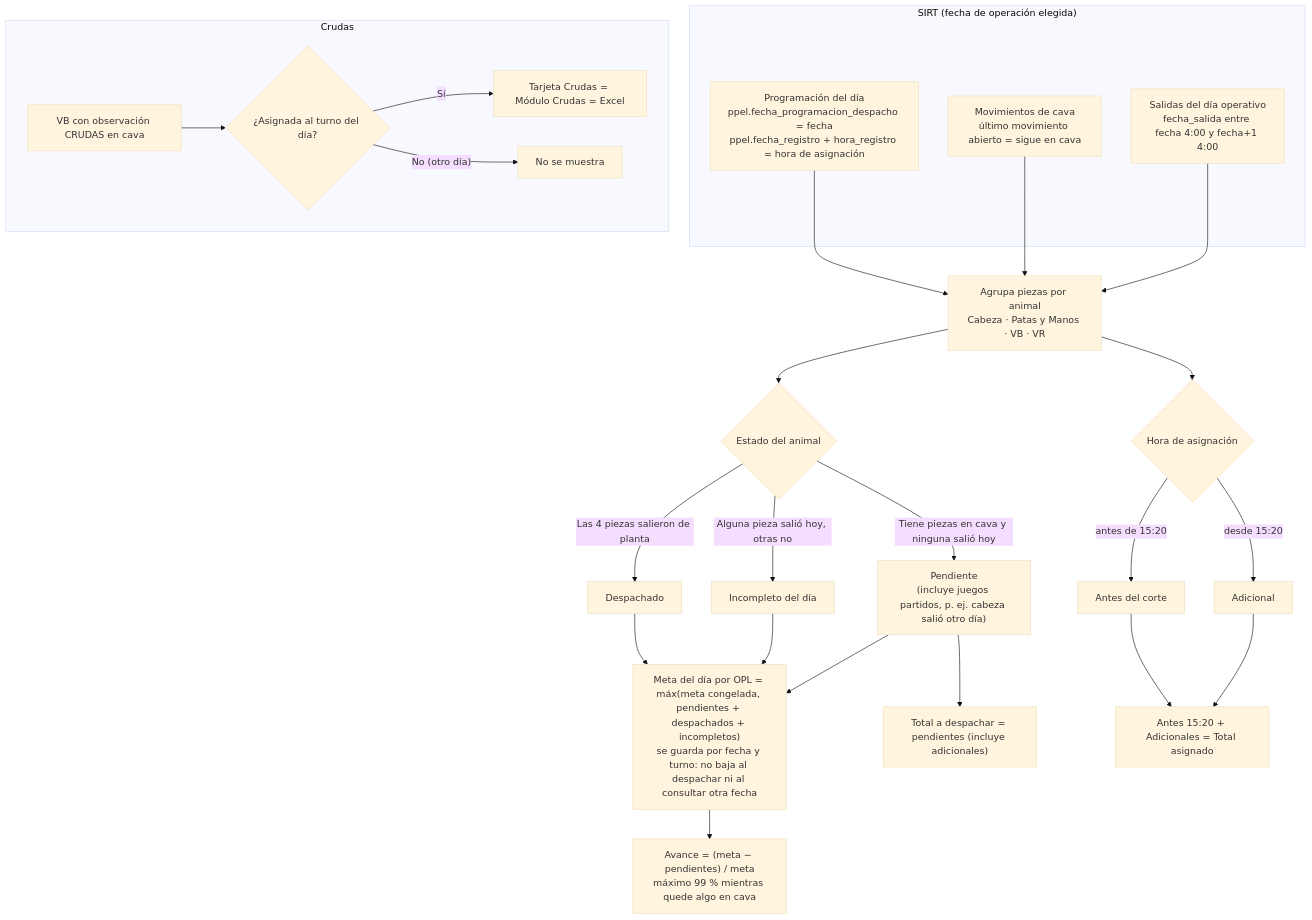
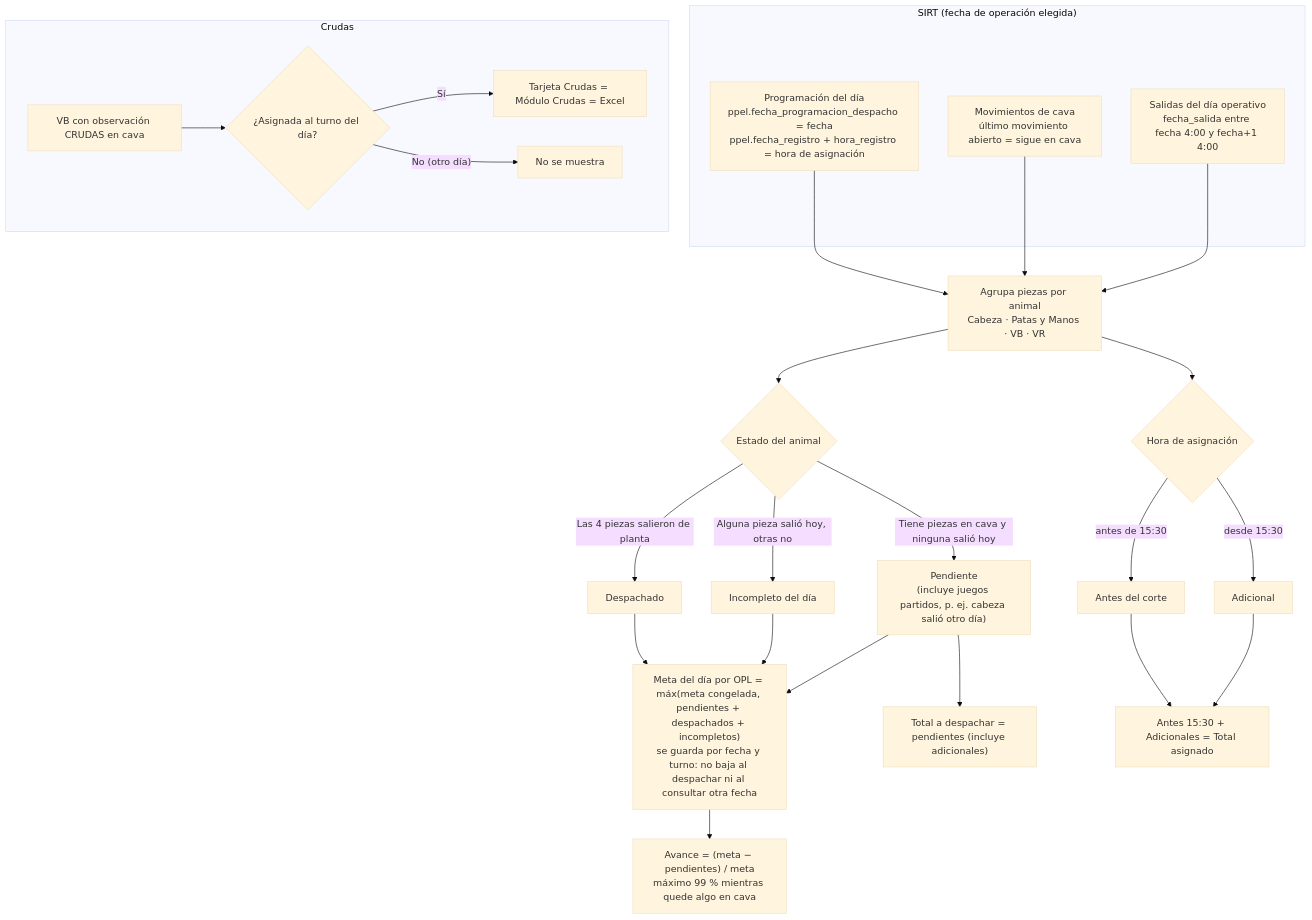
The diagram in docs/diagrams/05-calculo-progreso.md (desarrollotecnologia/Colbeef-_Gestor-de-V-sceras), drawn with Mermaid (base theme) before and after one commit. The commit also changed other lines of this file and 24 other files, not shown here.

````diff
--- a/docs/diagrams/05-calculo-progreso.md
+++ b/docs/diagrams/05-calculo-progreso.md
@@ -7,37 +7,37 @@
 ```mermaid
 flowchart TD
   subgraph SIRT["SIRT (fecha de operación elegida)"]
     prog["Programación del día<br/>ppel.fecha_programacion_despacho = fecha<br/>ppel.fecha_registro + hora_registro = hora de asignación"]
     cava["Movimientos de cava<br/>último movimiento abierto = sigue en cava"]
     sal["Salidas del día operativo<br/>fecha_salida entre fecha 4:00 y fecha+1 4:00"]
   end
 
   prog --> anim["Agrupa piezas por animal<br/>Cabeza · Patas y Manos · VB · VR"]
   cava --> anim
   sal --> anim
 
   anim --> clas{"Estado del animal"}
   clas -->|"Las 4 piezas salieron de planta"| desp["Despachado"]
   clas -->|"Alguna pieza salió hoy, otras no"| inc["Incompleto del día"]
   clas -->|"Tiene piezas en cava y ninguna salió hoy"| pend["Pendiente<br/>(incluye juegos partidos, p. ej. cabeza salió otro día)"]
 
   anim --> hora{"Hora de asignación"}
-  hora -->|"antes de 15:20"| antes["Antes del corte"]
-  hora -->|"desde 15:20"| adi["Adicional"]
+  hora -->|"antes de 15:30"| antes["Antes del corte"]
+  hora -->|"desde 15:30"| adi["Adicional"]
 
   desp --> meta
   inc --> meta
   pend --> meta
   meta["Meta del día por OPL = máx(meta congelada, pendientes + despachados + incompletos)<br/>se guarda por fecha y turno: no baja al despachar ni al consultar otra fecha"]
 
   meta --> pct["Avance = (meta − pendientes) / meta<br/>máximo 99 % mientras quede algo en cava"]
   pend --> total["Total a despachar = pendientes (incluye adicionales)"]
-  antes --> linea["Antes 15:20 + Adicionales = Total asignado"]
+  antes --> linea["Antes 15:30 + Adicionales = Total asignado"]
   adi --> linea
 
   subgraph CR["Crudas"]
     vb["VB con observación CRUDAS en cava"] --> filt{"¿Asignada al turno del día?"}
     filt -->|Sí| crud["Tarjeta Crudas = Módulo Crudas = Excel"]
     filt -->|"No (otro día)"| fuera["No se muestra"]
   end
 ```
````
